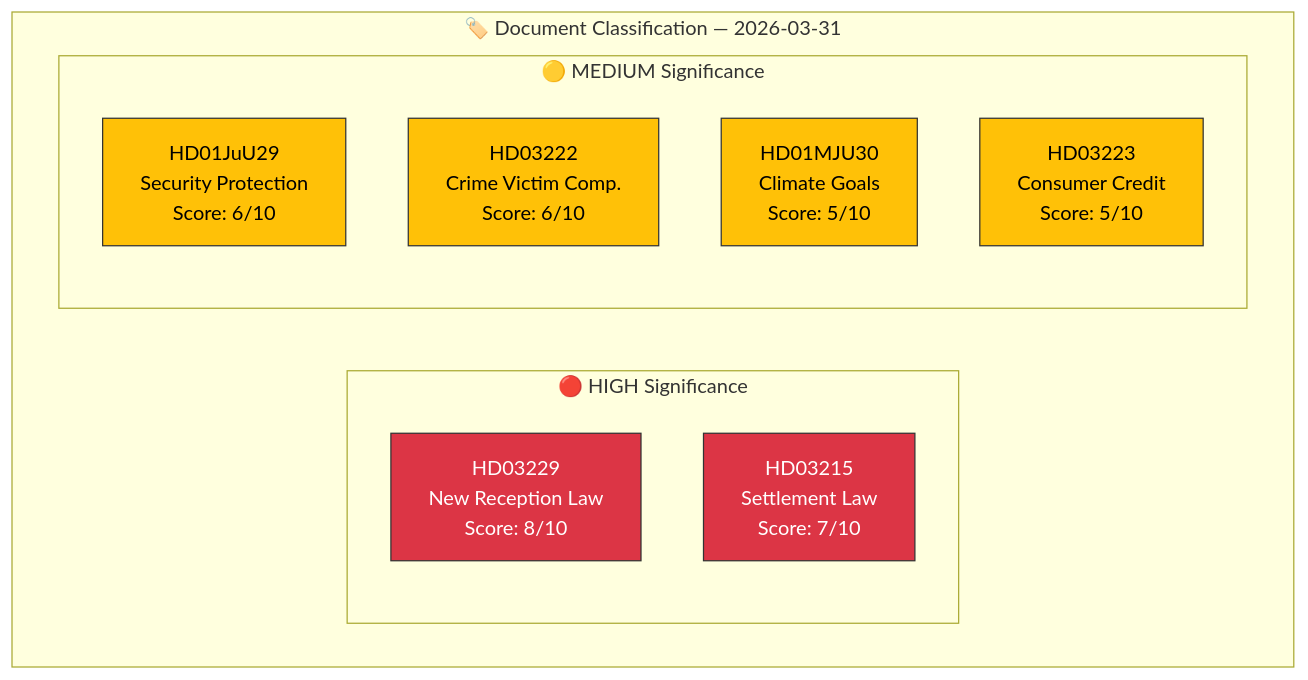
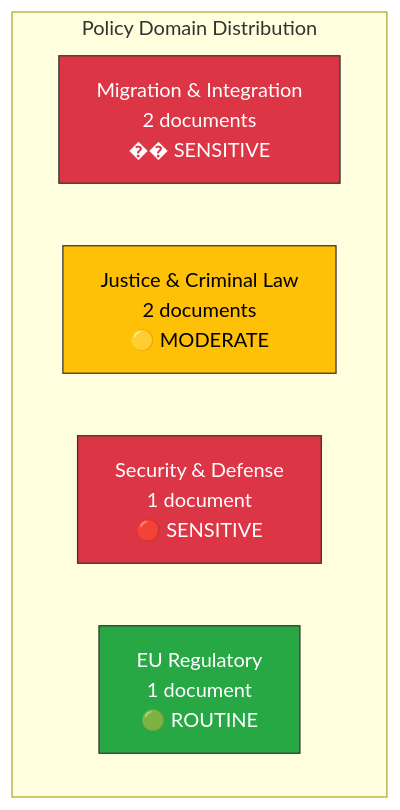
The diagram in analysis/daily/2026-03-31/classification-results.md (Hack23/riksdagsmonitor), drawn with Mermaid before and after one commit. The commit also changed other lines of this file and 16 other files, not shown here.

````diff
--- a/analysis/daily/2026-03-31/classification-results.md
+++ b/analysis/daily/2026-03-31/classification-results.md
@@ -16,22 +18,13 @@
 ```mermaid
 graph TD
-    subgraph "🏷️ Document Classification — 2026-03-31"
-        subgraph "🔴 HIGH Significance"
-            D1["HD03229<br/>New Reception Law<br/>Score: 8/10"]
-            D2["HD03215<br/>Settlement Law<br/>Score: 7/10"]
-        end
-        subgraph "🟡 MEDIUM Significance"
-            D3["HD01JuU29<br/>Security Protection<br/>Score: 6/10"]
-            D4["HD03222<br/>Crime Victim Comp.<br/>Score: 6/10"]
-            D5["HD01MJU30<br/>Climate Goals<br/>Score: 5/10"]
-            D6["HD03223<br/>Consumer Credit<br/>Score: 5/10"]
-        end
+    subgraph "Policy Domain Distribution"
+        MIG["Migration & Integration<br/>2 documents<br/>�� SENSITIVE"]
+        JUS["Justice & Criminal Law<br/>2 documents<br/>🟡 MODERATE"]
+        SEC["Security & Defense<br/>1 document<br/>🔴 SENSITIVE"]
+        EU["EU Regulatory<br/>1 document<br/>🟢 ROUTINE"]
     end
-
-    style D1 fill:#dc3545,stroke:#333,color:#fff
-    style D2 fill:#dc3545,stroke:#333,color:#fff
-    style D3 fill:#ffc107,stroke:#333,color:#000
-    style D4 fill:#ffc107,stroke:#333,color:#000
-    style D5 fill:#ffc107,stroke:#333,color:#000
-    style D6 fill:#ffc107,stroke:#333,color:#000
+    style MIG fill:#dc3545,stroke:#333,color:#fff
+    style JUS fill:#ffc107,stroke:#333,color:#000
+    style SEC fill:#dc3545,stroke:#333,color:#fff
+    style EU fill:#28a745,stroke:#333,color:#fff
 ```
````
